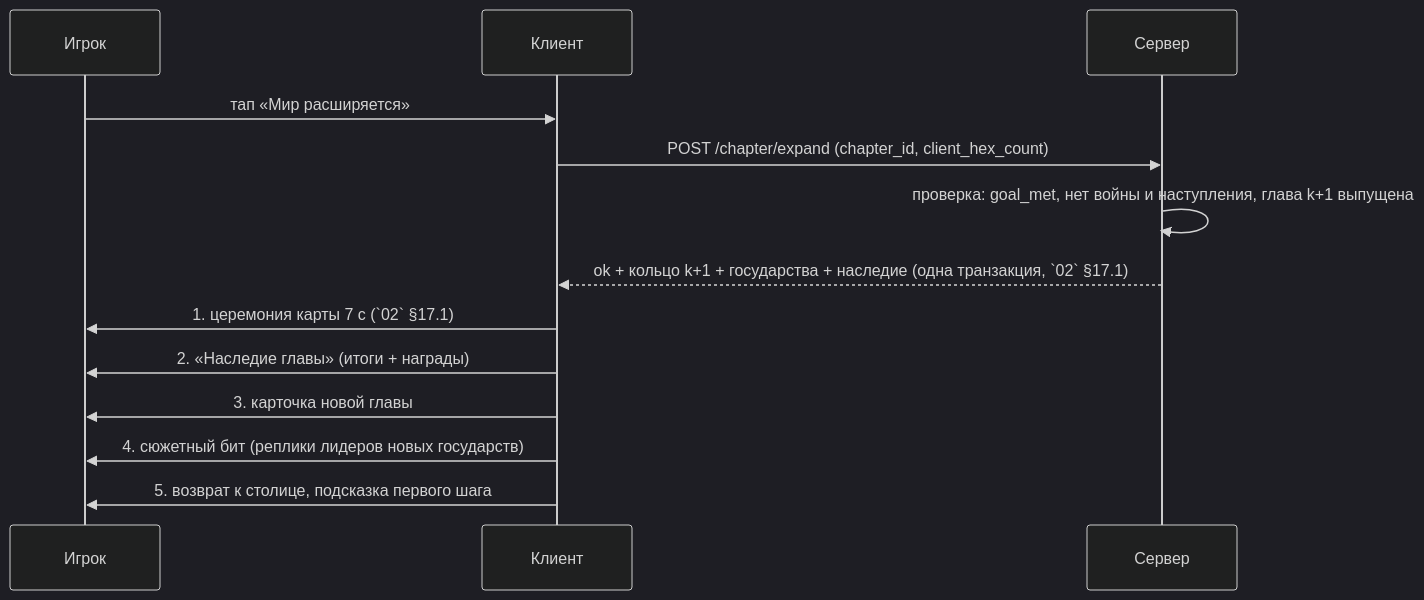
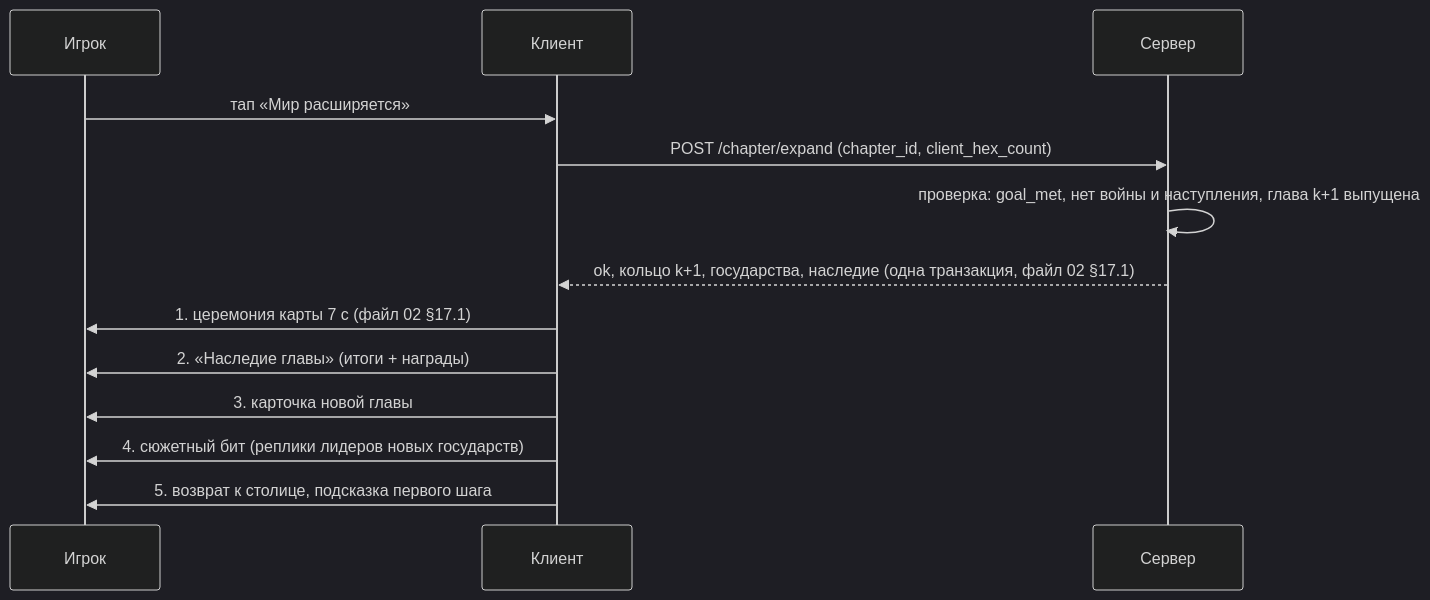
Before and after one commit to kaboomenko/Raivon: the fourth of 7 diagrams in docs/gdd/07_progression_meta.md, drawn with Mermaid (dark theme). The commit also changed other lines of this file and 4 other files, not shown here.

````diff
--- a/docs/gdd/07_progression_meta.md
+++ b/docs/gdd/07_progression_meta.md
@@ -487,15 +487,15 @@
 ```mermaid
 sequenceDiagram
   participant P as Игрок
   participant C as Клиент
   participant S as Сервер
   P->>C: тап «Мир расширяется»
   C->>S: POST /chapter/expand (chapter_id, client_hex_count)
   S->>S: проверка: goal_met, нет войны и наступления, глава k+1 выпущена
-  S-->>C: ok + кольцо k+1 + государства + наследие (одна транзакция, `02` §17.1)
-  C->>P: 1. церемония карты 7 с (`02` §17.1)
+  S-->>C: ok, кольцо k+1, государства, наследие (одна транзакция, файл 02 §17.1)
+  C->>P: 1. церемония карты 7 с (файл 02 §17.1)
   C->>P: 2. «Наследие главы» (итоги + награды)
   C->>P: 3. карточка новой главы
   C->>P: 4. сюжетный бит (реплики лидеров новых государств)
   C->>P: 5. возврат к столице, подсказка первого шага
 ```
````
